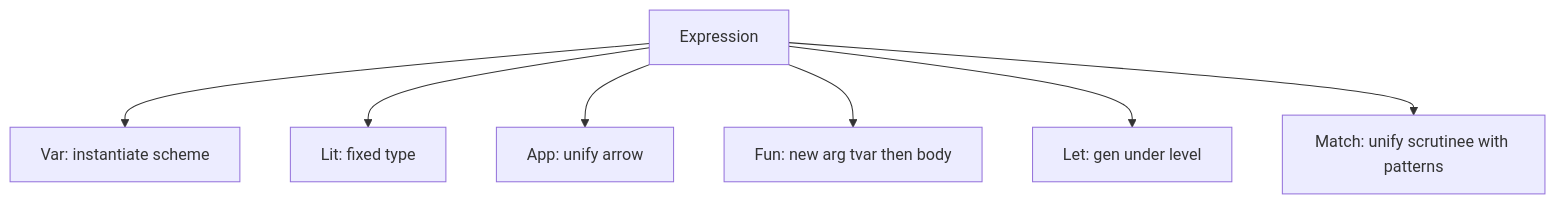
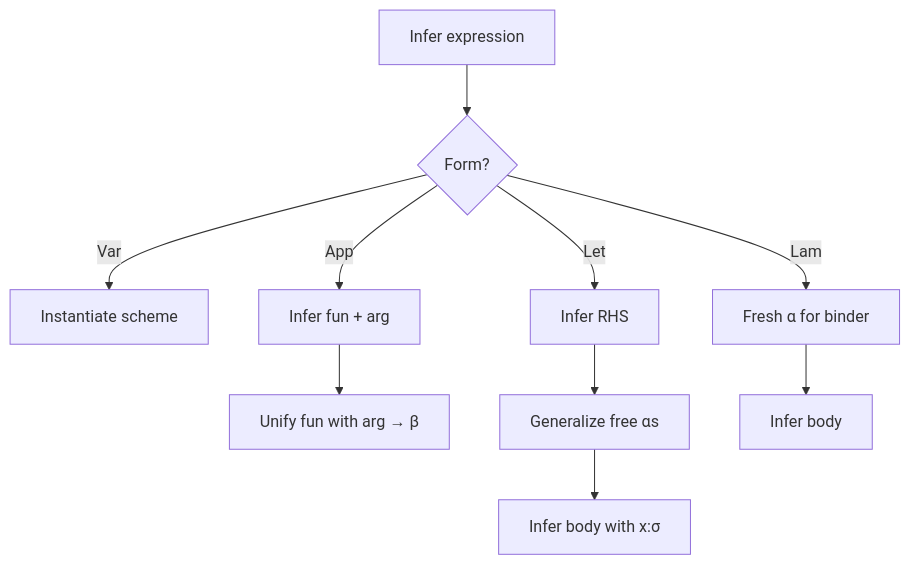
The first of 2 diagrams in docs/type-system.md (Aneesh495/glyph), drawn with Mermaid before and after one commit. The commit also changed other lines of this file and 11 other files, not shown here.

````diff
--- a/docs/type-system.md
+++ b/docs/type-system.md
@@ -7,9 +81,12 @@
 ```mermaid
 flowchart TD
-  E[Expression] --> V[Var: instantiate scheme]
-  E --> L[Lit: fixed type]
-  E --> A[App: unify arrow]
-  E --> F[Fun: new arg tvar then body]
-  E --> Let[Let: gen under level]
-  E --> M[Match: unify scrutinee with patterns]
+  A[Infer expression] --> B{Form?}
+  B -->|Var| I[Instantiate scheme]
+  B -->|App| C[Infer fun + arg]
+  C --> U[Unify fun with arg → β]
+  B -->|Let| D[Infer RHS]
+  D --> G[Generalize free αs]
+  G --> E[Infer body with x:σ]
+  B -->|Lam| F[Fresh α for binder]
+  F --> H[Infer body]
 ```
````
